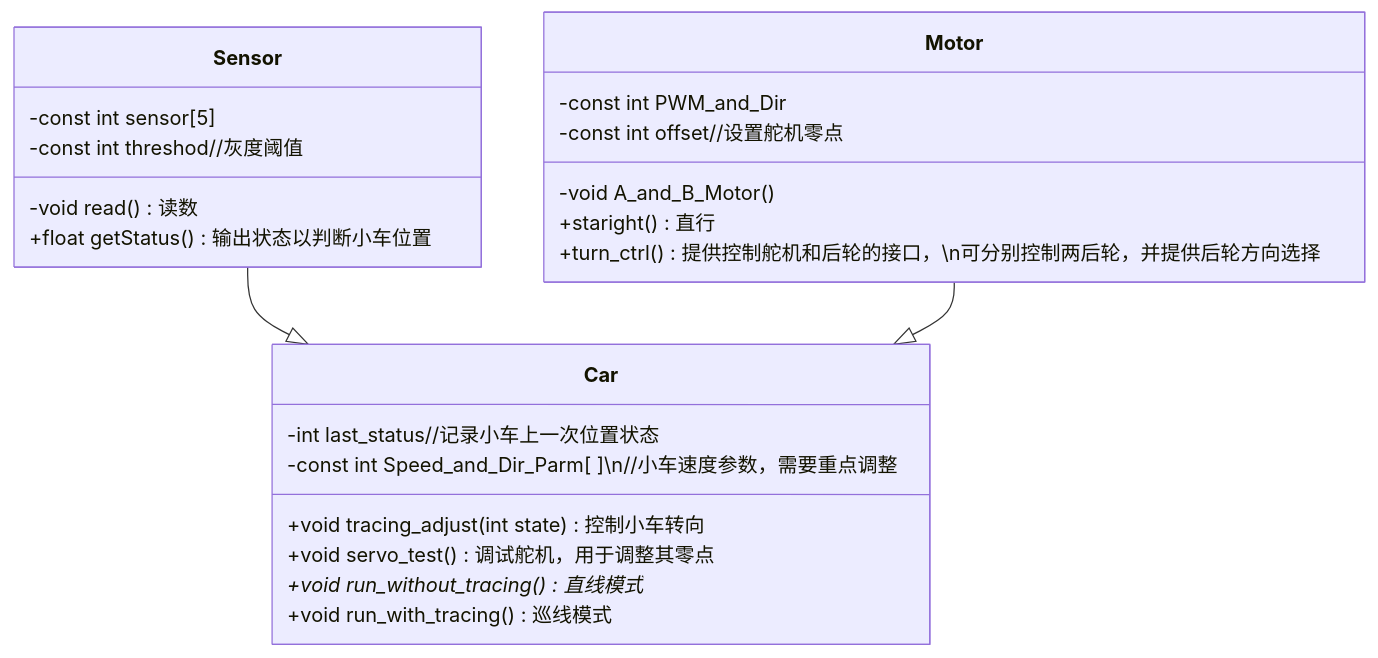
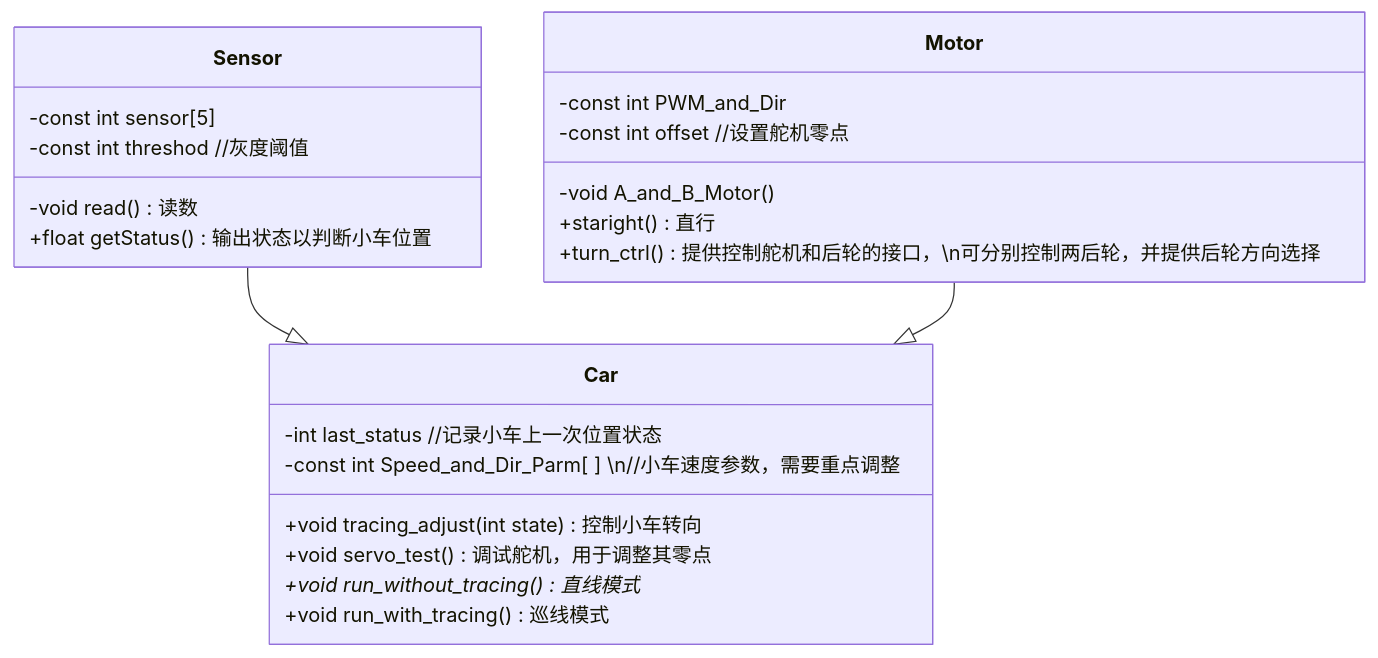
Before and after one commit to 0kitasan/TracingCar: the diagram in README.md, drawn with Mermaid. The commit also changed other lines of this file, not shown here.

Commit message:
mermaid3

````diff
--- a/README.md
+++ b/README.md
@@ -8,27 +8,27 @@
 ``` mermaid
 classDiagram
     Sensor --|> Car
     Motor --|> Car
     class Sensor{
         -const int sensor[5]
-        -const int threshod//灰度阈值
-        -void read()读数
-        +float getStatus()输出状态以判断小车位置
+        -const int threshod //灰度阈值
+        -void read() 读数
+        +float getStatus() 输出状态以判断小车位置
     }
     class Motor{
         -const int PWM_and_Dir
-        -const int offset//设置舵机零点
+        -const int offset //设置舵机零点
         
         -void A_and_B_Motor()
-        +staright()直行
-        +turn_ctrl()提供控制舵机和后轮的接口，\n可分别控制两后轮，并提供后轮方向选择
+        +staright() 直行
+        +turn_ctrl() 提供控制舵机和后轮的接口，\n可分别控制两后轮，并提供后轮方向选择
     }
     class Car{
-        -int last_status//记录小车上一次位置状态
-        -const int Speed_and_Dir_Parm[ ]\n//小车速度参数，需要重点调整
-        +void tracing_adjust(int state)控制小车转向
-        +void servo_test()调试舵机，用于调整其零点
-        +void run_without_tracing()直线模式*
-        +void run_with_tracing()巡线模式
+        -int last_status //记录小车上一次位置状态
+        -const int Speed_and_Dir_Parm[ ] \n//小车速度参数，需要重点调整
+        +void tracing_adjust(int state) 控制小车转向
+        +void servo_test() 调试舵机，用于调整其零点
+        +void run_without_tracing() 直线模式*
+        +void run_with_tracing() 巡线模式
     }
 ```
````
